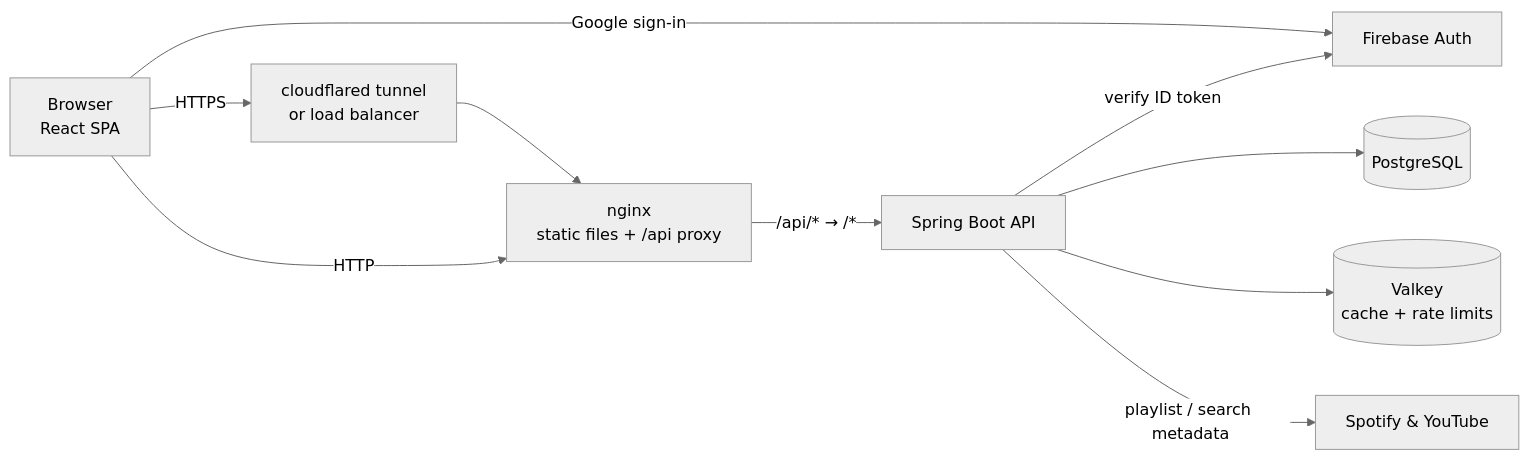
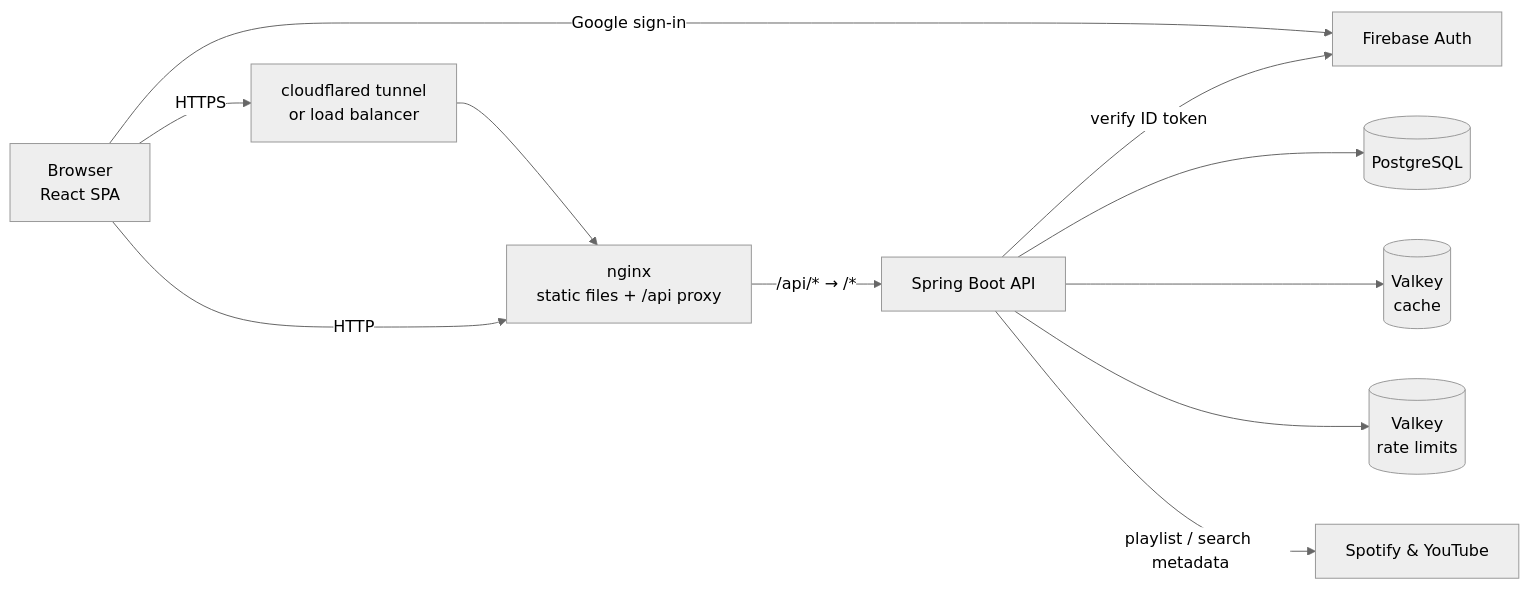
Before and after one commit to haji5/duely: the diagram in README.md, drawn with Mermaid (neutral theme). The commit also changed other lines of this file and 8 other files, not shown here.

First line of the commit message:
Keep rate-limit counters in their own Valkey that never evicts

````diff
--- a/README.md
+++ b/README.md
@@ -60,12 +60,13 @@
 ```mermaid
 flowchart LR
     U[Browser<br/>React SPA] -->|Google sign-in| FA[Firebase Auth]
     U -->|HTTPS| T[cloudflared tunnel<br/>or load balancer]
     T --> N
     U -->|HTTP| N[nginx<br/>static files + /api proxy]
     N -->|/api/* → /*| B[Spring Boot API]
     B -->|verify ID token| FA
     B --> P[(PostgreSQL)]
-    B --> V[(Valkey<br/>cache + rate limits)]
+    B --> V[(Valkey<br/>cache)]
+    B --> VL[(Valkey<br/>rate limits)]
     B -->|playlist / search metadata| X[Spotify & YouTube]
 ```
````
